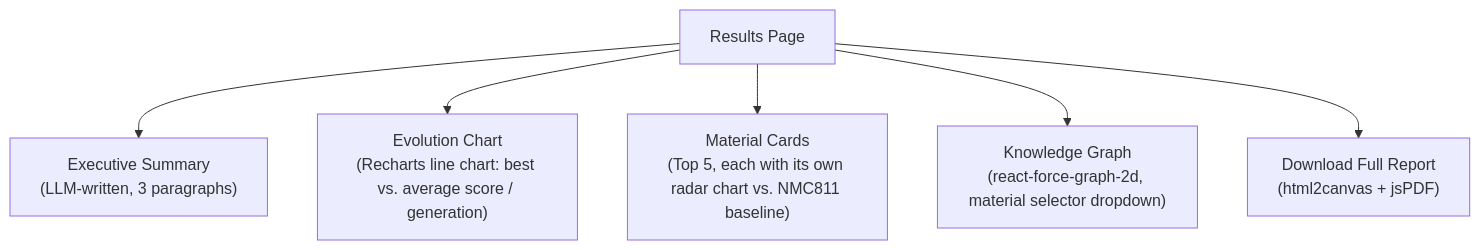
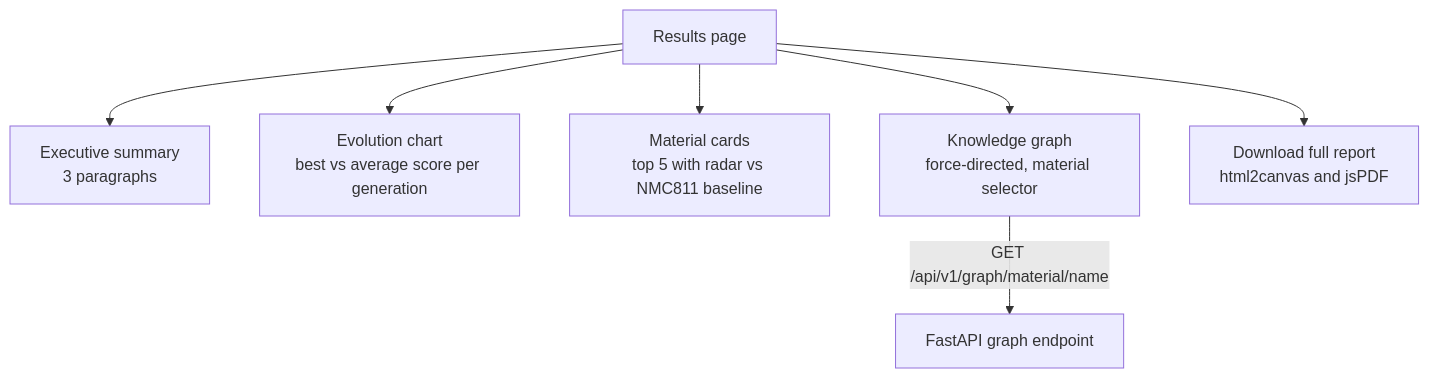
Before and after one commit to Rahul-8283/AURA_Data_Driven: diagram 15 of 18 in README.md, drawn with Mermaid. The commit also changed other lines of this file, not shown here.

````diff
--- a/README.md
+++ b/README.md
@@ -631,15 +610,9 @@
 ```mermaid
-graph TD
-    Page["Results Page"]
-    Summary["Executive Summary<br/>(LLM-written, 3 paragraphs)"]
-    Evo["Evolution Chart<br/>(Recharts line chart: best vs. average score / generation)"]
-    Cards["Material Cards<br/>(Top 5, each with its own radar chart vs. NMC811 baseline)"]
-    KG["Knowledge Graph<br/>(react-force-graph-2d, material selector dropdown)"]
-    PDF["Download Full Report<br/>(html2canvas + jsPDF)"]
-
-    Page --> Summary
-    Page --> Evo
-    Page --> Cards
-    Page --> KG
-    Page --> PDF
+flowchart TD
+    page["Results page"] --> sum["Executive summary<br/>3 paragraphs"]
+    page --> evo["Evolution chart<br/>best vs average score per generation"]
+    page --> cards["Material cards<br/>top 5 with radar vs NMC811 baseline"]
+    page --> kg["Knowledge graph<br/>force-directed, material selector"]
+    page --> pdf["Download full report<br/>html2canvas and jsPDF"]
+    kg -->|"GET /api/v1/graph/material/name"| api["FastAPI graph endpoint"]
 ```
````
